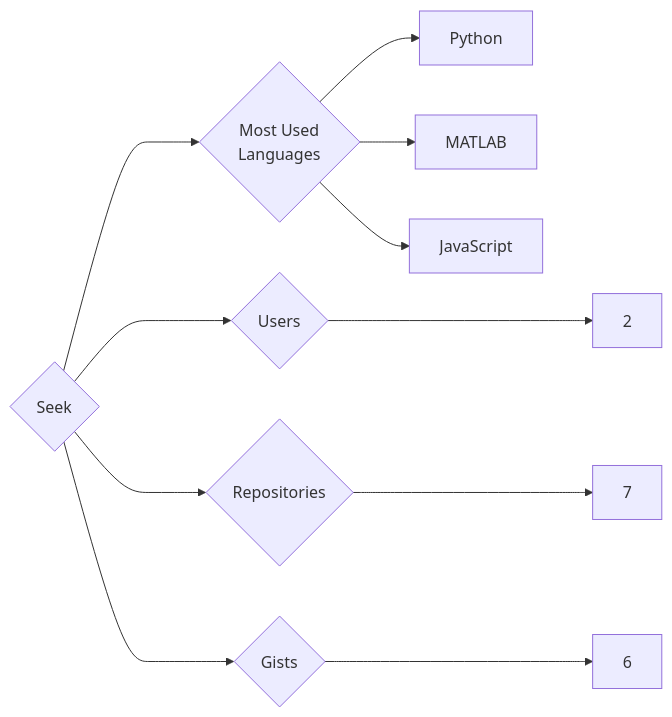
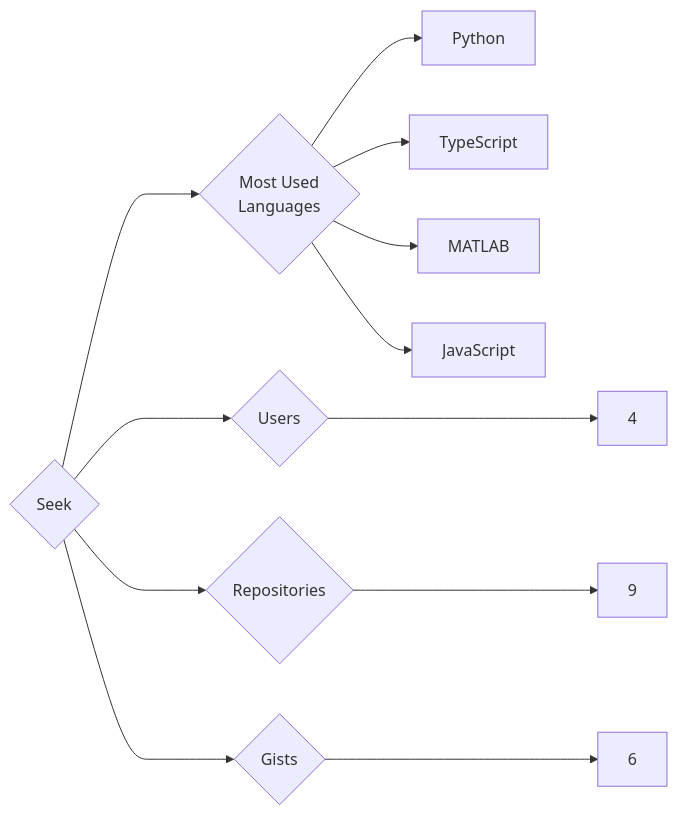
The diagram in targets/Seek/README.md (trickest/insiders), drawn with Mermaid before and after one commit. The commit also changed 796 other files, not shown here.

````diff
--- a/targets/Seek/README.md
+++ b/targets/Seek/README.md
@@ -3,11 +3,12 @@
 ```mermaid
 graph LR
 COMPANY_NAME{Seek}
-COMPANY_NAME ---> U{Users} ---> UN[2]
-COMPANY_NAME ---> R{Repositories} ---> RN[7]
+COMPANY_NAME ---> U{Users} ---> UN[4]
+COMPANY_NAME ---> R{Repositories} ---> RN[9]
 COMPANY_NAME ---> G{Gists} ---> GN[6]
 COMPANY_NAME ---> ML{Most Used<br>Languages}
 ML --> Python[Python]
+ML --> TypeScript[TypeScript]
 ML --> MATLAB[MATLAB]
 ML --> JavaScript[JavaScript]
 ```
````
